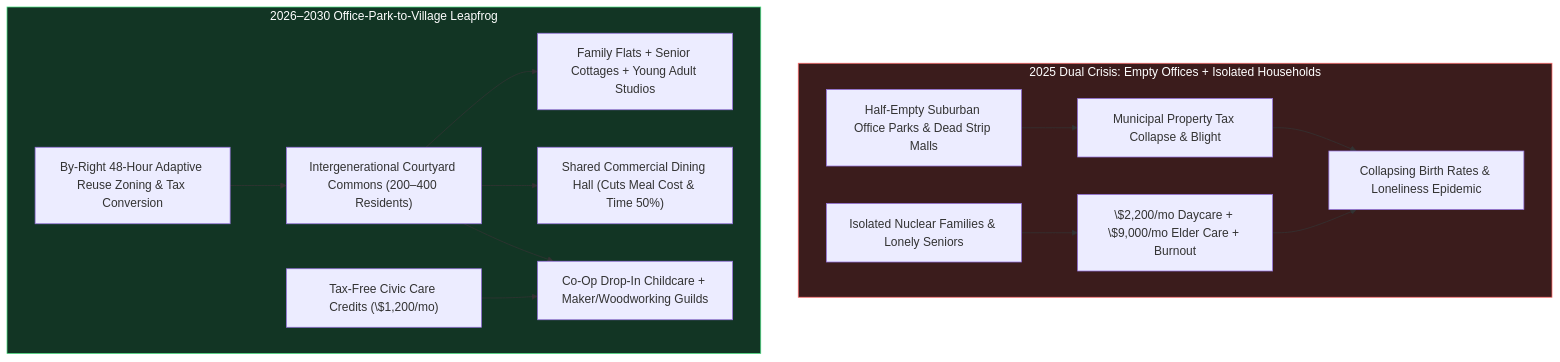
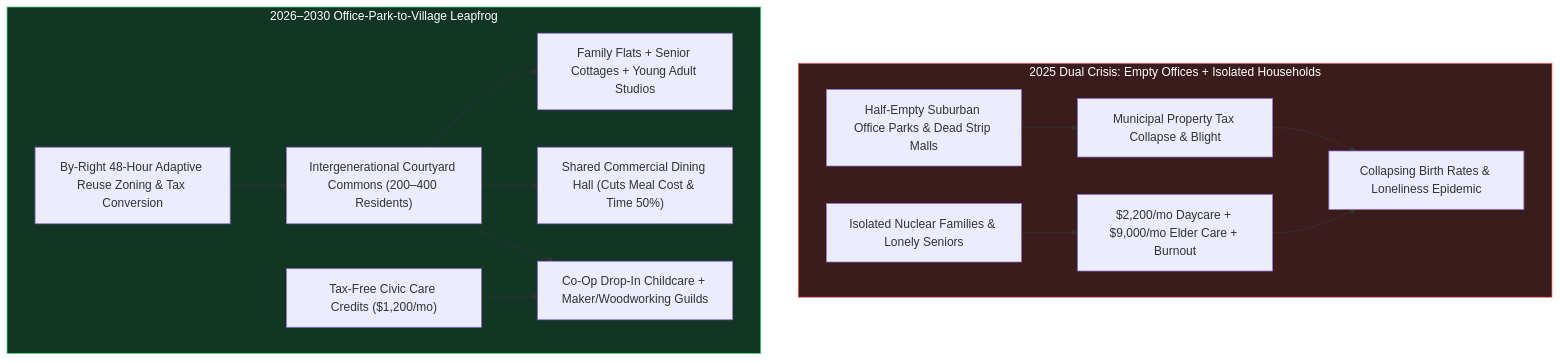
The first of 3 diagrams in vision-shorter-02-social/02-loneliness-family-and-community/REPORT.md (d-10-g/OneOfMany), drawn with Mermaid before and after one commit. The commit also changed 23 other files, not shown here.

Commit message:
Fix Mermaid multi-subgraph blank-line parsing and KaTeX dollar escaping across all 85 pathways

````diff
--- a/vision-shorter-02-social/02-loneliness-family-and-community/REPORT.md
+++ b/vision-shorter-02-social/02-loneliness-family-and-community/REPORT.md
@@ -17,20 +17,20 @@
 ```mermaid
 flowchart TD
     subgraph Legacy["2025 Dual Crisis: Empty Offices + Isolated Households"]
         A["Half-Empty Suburban Office Parks & Dead Strip Malls"] --> B["Municipal Property Tax Collapse & Blight"]
-        C["Isolated Nuclear Families & Lonely Seniors"] --> D["\$2,200/mo Daycare + \$9,000/mo Elder Care + Burnout"]
+        C["Isolated Nuclear Families & Lonely Seniors"] --> D["$2,200/mo Daycare + $9,000/mo Elder Care + Burnout"]
         B --> E["Collapsing Birth Rates & Loneliness Epidemic"]
         D --> E
     end
 
     subgraph Leapfrog["2026–2030 Office-Park-to-Village Leapfrog"]
         F["By-Right 48-Hour Adaptive Reuse Zoning & Tax Conversion"] --> G["Intergenerational Courtyard Commons (200–400 Residents)"]
         G --> H["Family Flats + Senior Cottages + Young Adult Studios"]
         G --> I["Shared Commercial Dining Hall (Cuts Meal Cost & Time 50%)"]
         G --> J["Co-Op Drop-In Childcare + Maker/Woodworking Guilds"]
-        K["Tax-Free Civic Care Credits (\$1,200/mo)"] --> J
+        K["Tax-Free Civic Care Credits ($1,200/mo)"] --> J
     end
 
     style Legacy fill:#3b1c1c,stroke:#ff6b6b,color:#ffffff
     style Leapfrog fill:#123524,stroke:#4ade80,color:#ffffff
 ```
````
